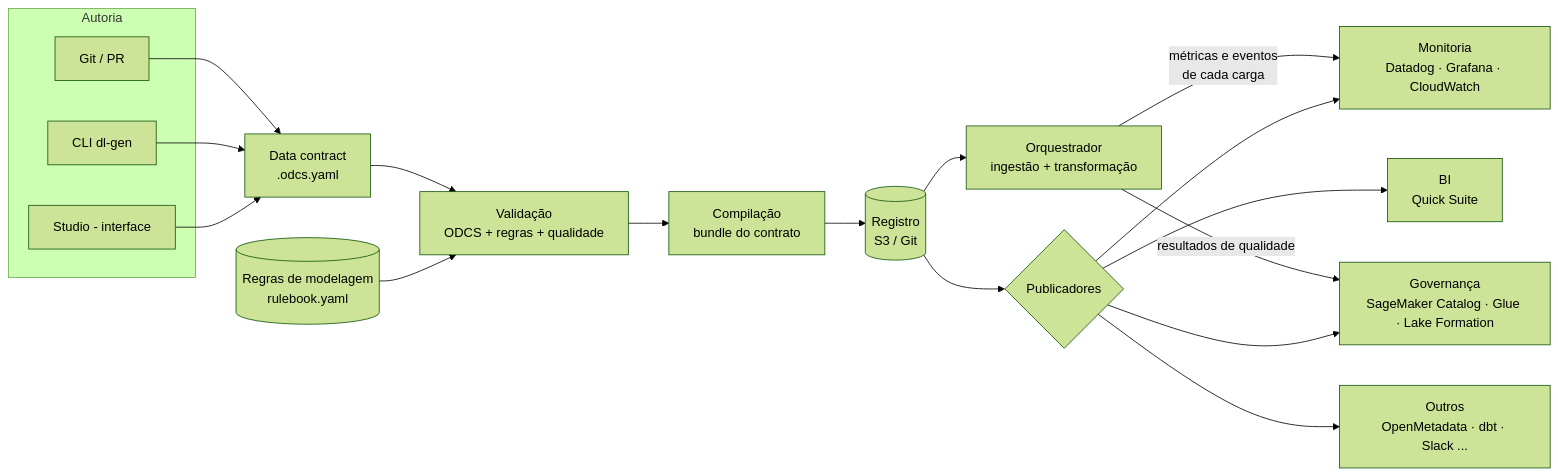
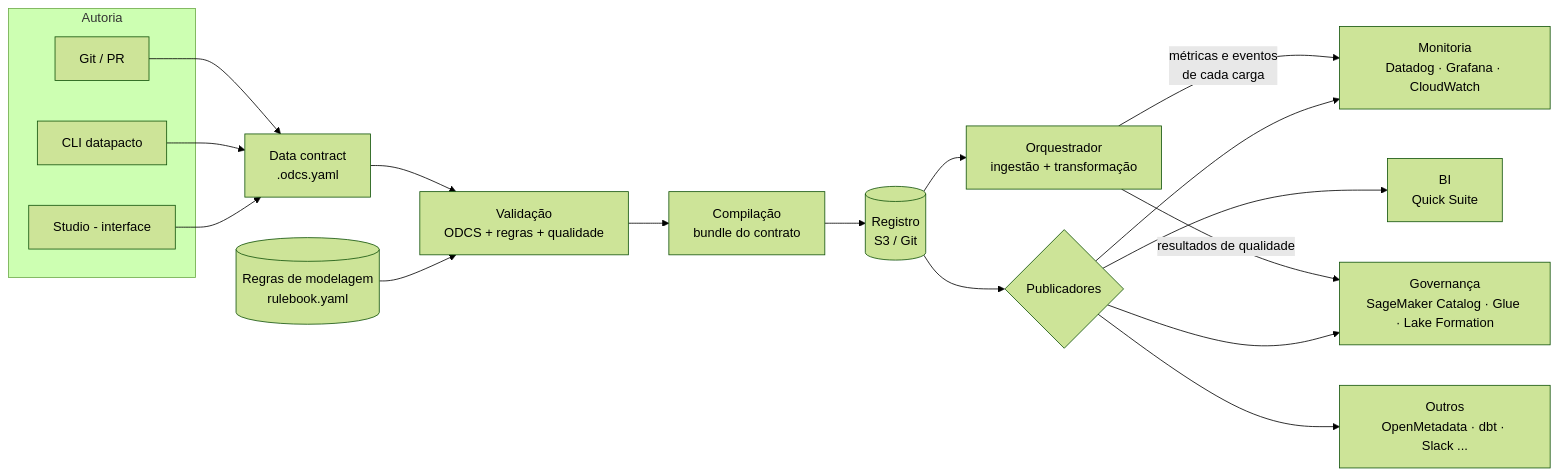
One commit to ChapeuG/datapacto changed the diagram in docs/VISAO.md. Above: the diagram before and after it, drawn with Mermaid (forest theme). The commit also changed other lines of this file and 26 other files, not shown here.

````diff
--- a/docs/VISAO.md
+++ b/docs/VISAO.md
@@ -62,22 +62,22 @@
 ```mermaid
 flowchart LR
     subgraph Autoria
         UI[Studio - interface]
-        CLI[CLI dl-gen]
+        CLI[CLI datapacto]
         GIT[Git / PR]
     end
     RB[(Regras de modelagem\nrulebook.yaml)]
     UI & CLI & GIT --> C[Data contract\n.odcs.yaml]
     RB --> V
     C --> V[Validação\nODCS + regras + qualidade]
     V --> K[Compilação\nbundle do contrato]
     K --> R[(Registro\nS3 / Git)]
     R --> P{Publicadores}
     P --> M[Monitoria\nDatadog · Grafana · CloudWatch]
     P --> G[Governança\nSageMaker Catalog · Glue · Lake Formation]
     P --> B[BI\nQuick Suite]
     P --> O[Outros\nOpenMetadata · dbt · Slack ...]
     R --> E[Orquestrador\ningestão + transformação]
     E -- métricas e eventos\nde cada carga --> M
     E -- resultados de qualidade --> G
 ```
````
